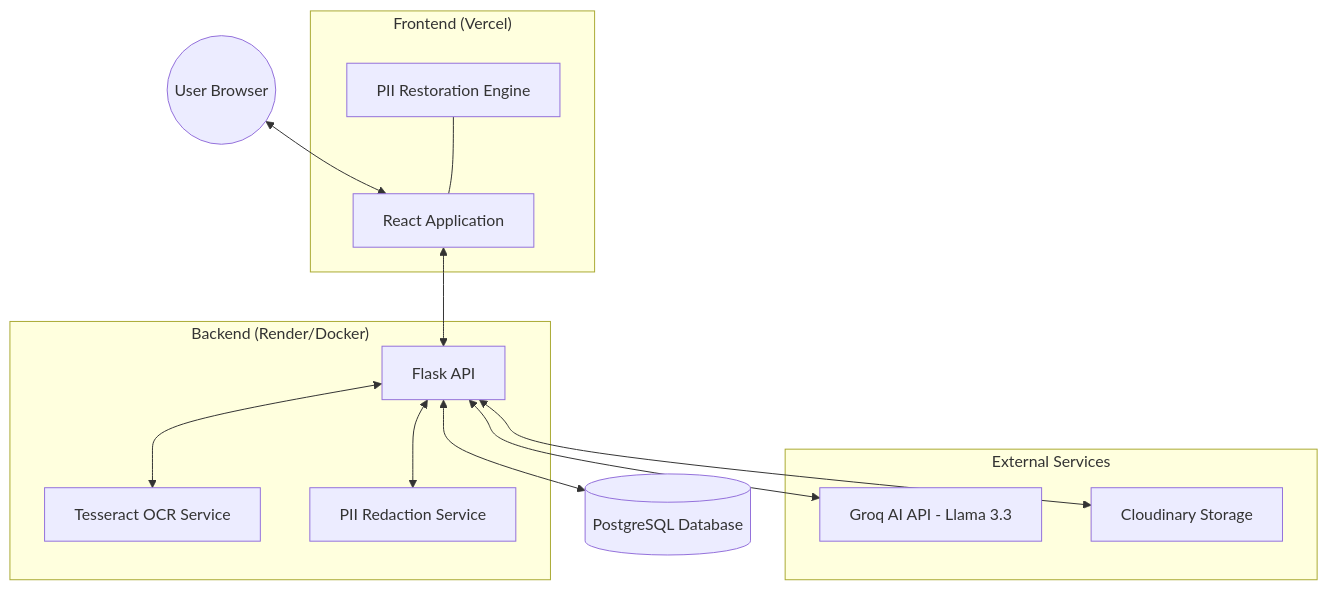
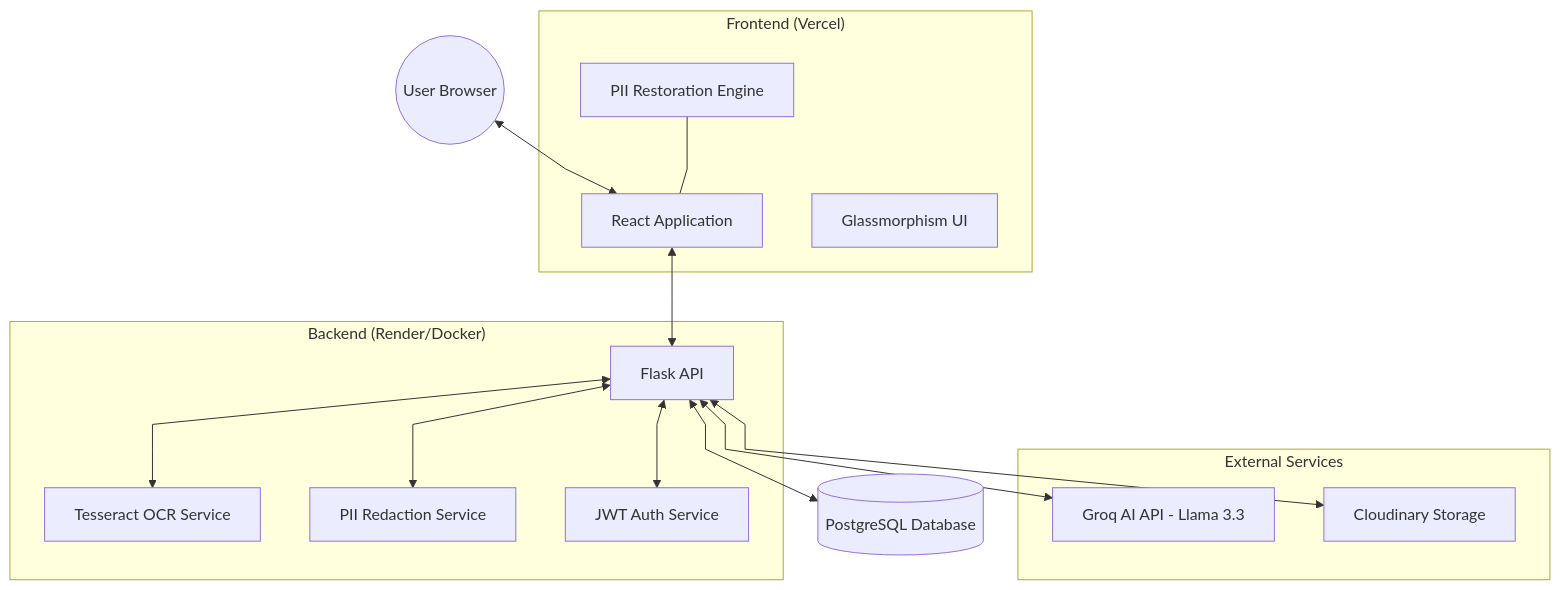
The first of 5 diagrams in SmartLaw_Project_Report.md (vijayalakshmithokala1/SmartLaw), drawn with Mermaid before and after one commit. The commit also changed other lines of this file and 9 other files, not shown here.

````diff
--- a/SmartLaw_Project_Report.md
+++ b/SmartLaw_Project_Report.md
@@ -173,31 +175,35 @@
 ```mermaid
+%%{init: {"flowchart": {"curve": "linear"}} }%%
 graph TD
     User((User Browser))
     
     subgraph "Frontend (Vercel)"
         React[React Application]
         PII_Restore[PII Restoration Engine]
+        UI_Components[Glassmorphism UI]
     end
     
     subgraph "Backend (Render/Docker)"
         Flask[Flask API]
         OCR[Tesseract OCR Service]
         Redaction[PII Redaction Service]
+        Auth[JWT Auth Service]
     end
     
     subgraph "External Services"
         Groq[Groq AI API - Llama 3.3]
         Cloudinary[Cloudinary Storage]
     end
     
     DB[(PostgreSQL Database)]
 
     User <--> React
     React <--> Flask
     Flask <--> OCR
     Flask <--> Redaction
     Flask <--> Groq
     Flask <--> Cloudinary
     Flask <--> DB
+    Flask <--> Auth
     PII_Restore --- React
 ```
````
